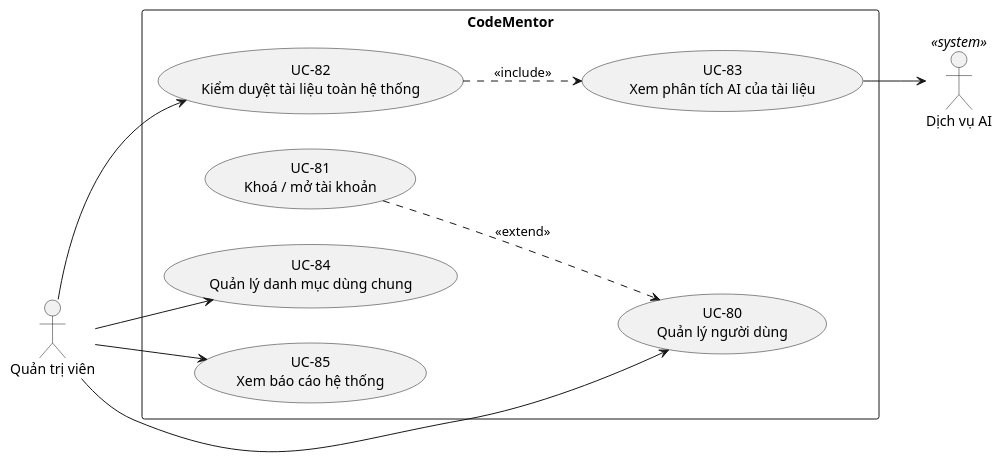
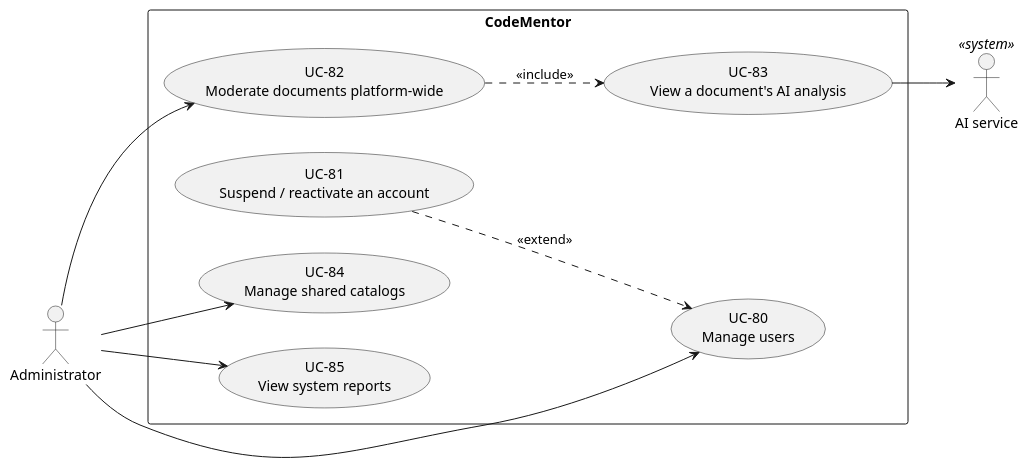
The ninth of 10 diagrams in docs/07-use-case-model.md (codementor-official/codementor-infra), drawn with PlantUML before and after one commit. The commit also changed other lines of this file and 16 other files, not shown here.

First line of the commit message:
docs: English README, use-case docs and diagrams

````diff
--- a/docs/07-use-case-model.md
+++ b/docs/07-use-case-model.md
@@ -547,26 +552,26 @@
 ```plantuml
 @startuml p8-admin
 left to right direction
-actor "Quản trị viên" as Admin
+actor "Administrator" as Admin
 
 rectangle "CodeMentor" {
-  usecase "UC-80\nQuản lý người dùng" as UC80
-  usecase "UC-81\nKhoá / mở tài khoản" as UC81
-  usecase "UC-82\nKiểm duyệt tài liệu toàn hệ thống" as UC82
-  usecase "UC-83\nXem phân tích AI của tài liệu" as UC83
-  usecase "UC-84\nQuản lý danh mục dùng chung" as UC84
-  usecase "UC-85\nXem báo cáo hệ thống" as UC85
+  usecase "UC-80\nManage users" as UC80
+  usecase "UC-81\nSuspend / reactivate an account" as UC81
+  usecase "UC-82\nModerate documents platform-wide" as UC82
+  usecase "UC-83\nView a document's AI analysis" as UC83
+  usecase "UC-84\nManage shared catalogs" as UC84
+  usecase "UC-85\nView system reports" as UC85
 
   UC82 ..> UC83 : <<include>>
   UC81 ..> UC80 : <<extend>>
 }
 
-actor "Dịch vụ AI" as AI <<system>>
+actor "AI service" as AI <<system>>
 
 Admin --> UC80
 Admin --> UC82
 Admin --> UC84
 Admin --> UC85
 UC83 --> AI
 @enduml
 ```
````
